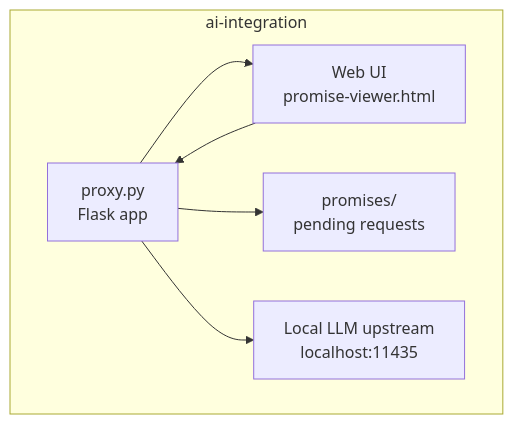
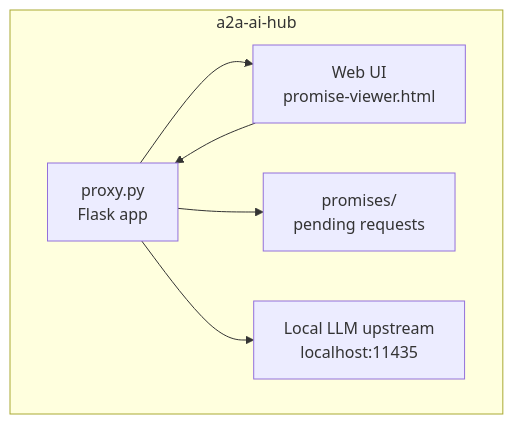
Before and after one commit to donkeyhotshow/a2a-script-agent-autonomy: the diagram in a2a-ai-hub/docs/promise-viewer-plan.md, drawn with Mermaid. The commit also changed other lines of this file and 146 other files, not shown here.

First line of the commit message:
refactor(ai-hub): rename ai-integration module to a2a-ai-hub

````diff
--- a/a2a-ai-hub/docs/promise-viewer-plan.md
+++ b/a2a-ai-hub/docs/promise-viewer-plan.md
@@ -10,9 +10,9 @@
 ```mermaid
 graph TB
-    subgraph "ai-integration"
+    subgraph "a2a-ai-hub"
         A[proxy.py<br/>Flask app] --> B[Web UI<br/>promise-viewer.html]
         B --> A
         A --> C[promises/<br/>pending requests]
         A --> D[Local LLM upstream<br/>localhost:11435]
     end
 ```
````
